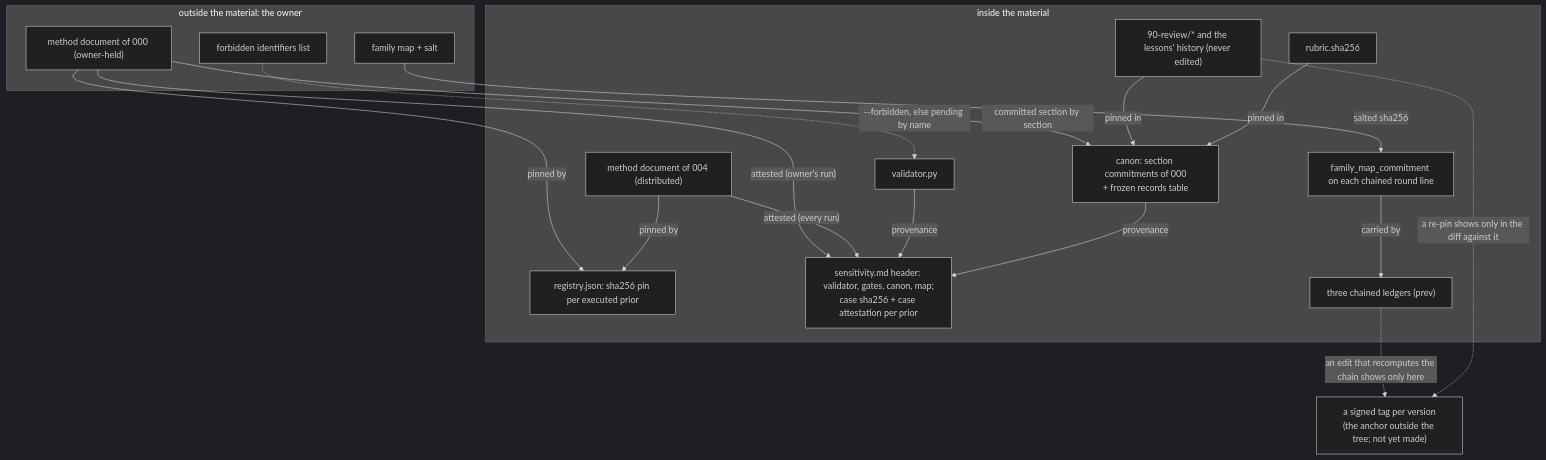
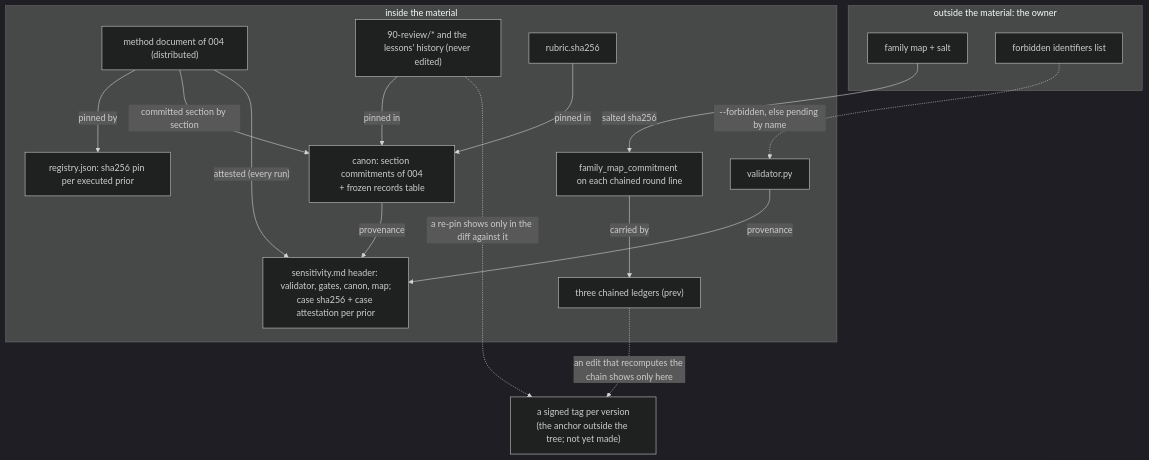
One commit to thiago-carneiro/cooperatio changed the second of 2 diagrams in docs/manual/src/32-sensitivity-integrity.md. Above: the diagram before and after it, drawn with Mermaid (dark theme). The commit also changed other lines of this file and 20 other files, not shown here.

````diff
--- a/docs/manual/src/32-sensitivity-integrity.md
+++ b/docs/manual/src/32-sensitivity-integrity.md
@@ -247,36 +251,33 @@
 ```mermaid
 %% name: trust-chain
-%% caption: What pins what: the integrity structure of the material at version 0.6.0.
+%% caption: What pins what: the integrity structure of the material at version 0.7.2.
 flowchart TB
   subgraph owner["outside the material: the owner"]
-    doc000["method document of 000 (owner-held)"]
     familymap["family map + salt"]
     forbidden["forbidden identifiers list"]
   end
   subgraph material["inside the material"]
     registry["registry.json: sha256 pin per executed prior"]
     doc004["method document of 004 (distributed)"]
-    canon["canon: section commitments of 000<br/>+ frozen records table"]
+    canon["canon: section commitments of 004<br/>+ frozen records table"]
     frozen["90-review/* and the lessons' history (never edited)"]
     rubricpin["rubric.sha256"]
     sens["sensitivity.md header: validator, gates, canon, map;<br/>case sha256 + case attestation per prior"]
     validator["validator.py"]
     ledgers["three chained ledgers (prev)"]
     commitment["family_map_commitment on each chained round line"]
   end
   tag["a signed tag per version<br/>(the anchor outside the tree; not yet made)"]
-  doc000 -->|pinned by| registry
   doc004 -->|pinned by| registry
-  doc000 -->|committed section by section| canon
-  doc000 -->|"attested (owner's run)"| sens
+  doc004 -->|committed section by section| canon
   doc004 -->|"attested (every run)"| sens
   validator -->|provenance| sens
   canon -->|provenance| sens
   frozen -->|pinned in| canon
   rubricpin -->|pinned in| canon
   familymap -->|salted sha256| commitment
   commitment -->|carried by| ledgers
   forbidden -.->|"--forbidden, else pending by name"| validator
   ledgers -.->|"an edit that recomputes the chain shows only here"| tag
   frozen -.->|"a re-pin shows only in the diff against it"| tag
 ```
````
